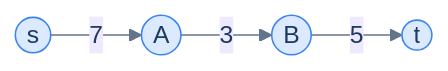
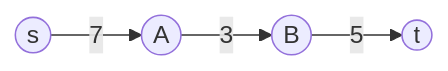
The diagram in content/cortex/data-structures-and-algorithms/04-graphs/10-max-flow-min-cut-theorem.md (ani2fun/codefolio), drawn with Mermaid before and after one commit. The commit also changed other lines of this file and 1049 other files, not shown here.

````diff
--- a/content/cortex/data-structures-and-algorithms/04-graphs/10-max-flow-min-cut-theorem.md
+++ b/content/cortex/data-structures-and-algorithms/04-graphs/10-max-flow-min-cut-theorem.md
@@ -115,17 +60,6 @@
 ```mermaid
----
-config:
-  theme: base
-  themeVariables:
-    primaryColor: "#dbeafe"
-    primaryBorderColor: "#3b82f6"
-    primaryTextColor: "#1e3a5f"
-    lineColor: "#64748b"
-    secondaryColor: "#ede9fe"
-    tertiaryColor: "#fef9c3"
----
 flowchart LR
-    S((s)) -->|"7"| A((A))
-    A -->|"3"| B((B))
-    B -->|"5"| T((t))
+    S((s)) -->|7| A((A))
+    A -->|3| B((B))
+    B -->|5| T((t))
 ```
````
